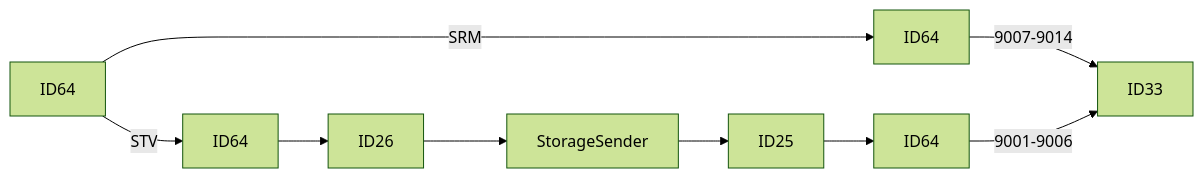
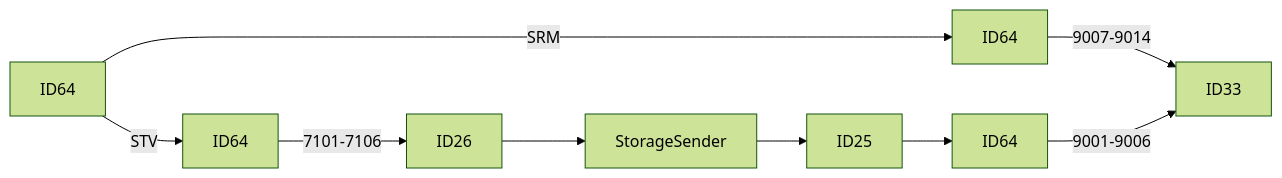
Before and after one commit to luthfiadityaa/SimeDarby-Wiki: the third of 24 diagrams in Basic-Design/DFD-WMS/Storage/Unplanned-Storage/Unplanned-Storage-from-HP.md, drawn with Mermaid (forest theme).

Commit message:
Updated Unplanned Storage from HP

```diff
--- a/Basic-Design/DFD-WMS/Storage/Unplanned-Storage/Unplanned-Storage-from-HP.md
+++ b/Basic-Design/DFD-WMS/Storage/Unplanned-Storage/Unplanned-Storage-from-HP.md
@@ -29,8 +29,8 @@
 ::: mermaid
 flowchart LR
 P18[ID64]--> |SRM| P13[ID64]  
-P18[ID64]--> |STV| P19[ID64]-->P20[ID26]-->P21[StorageSender]-->P22[ID25]-->P23[ID64]
+P18[ID64]--> |STV| P19[ID64]--> |7101-7106| P20[ID26]-->P21[StorageSender]-->P22[ID25]-->P23[ID64]
 
 P13[ID64]--> |9007-9014| P14[ID33]
 P23[ID64]--> |9001-9006|P14[ID33]
 :::
```
